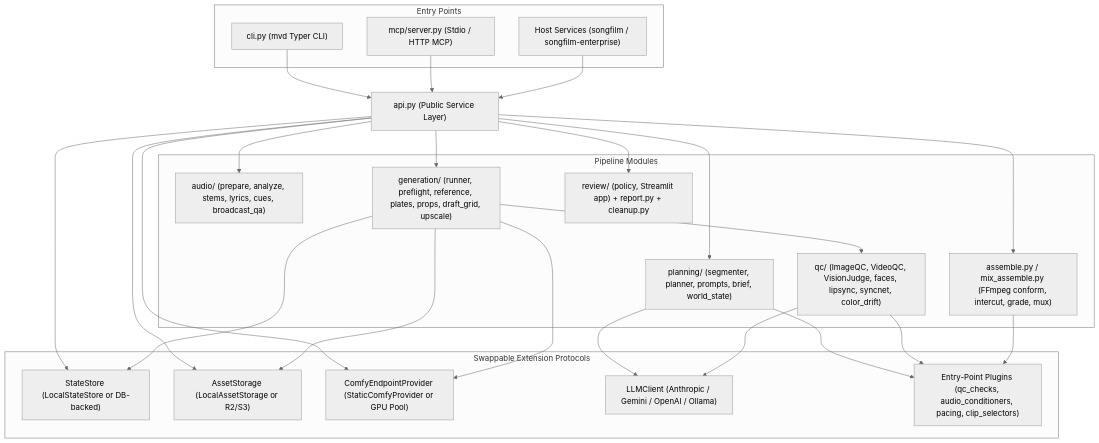
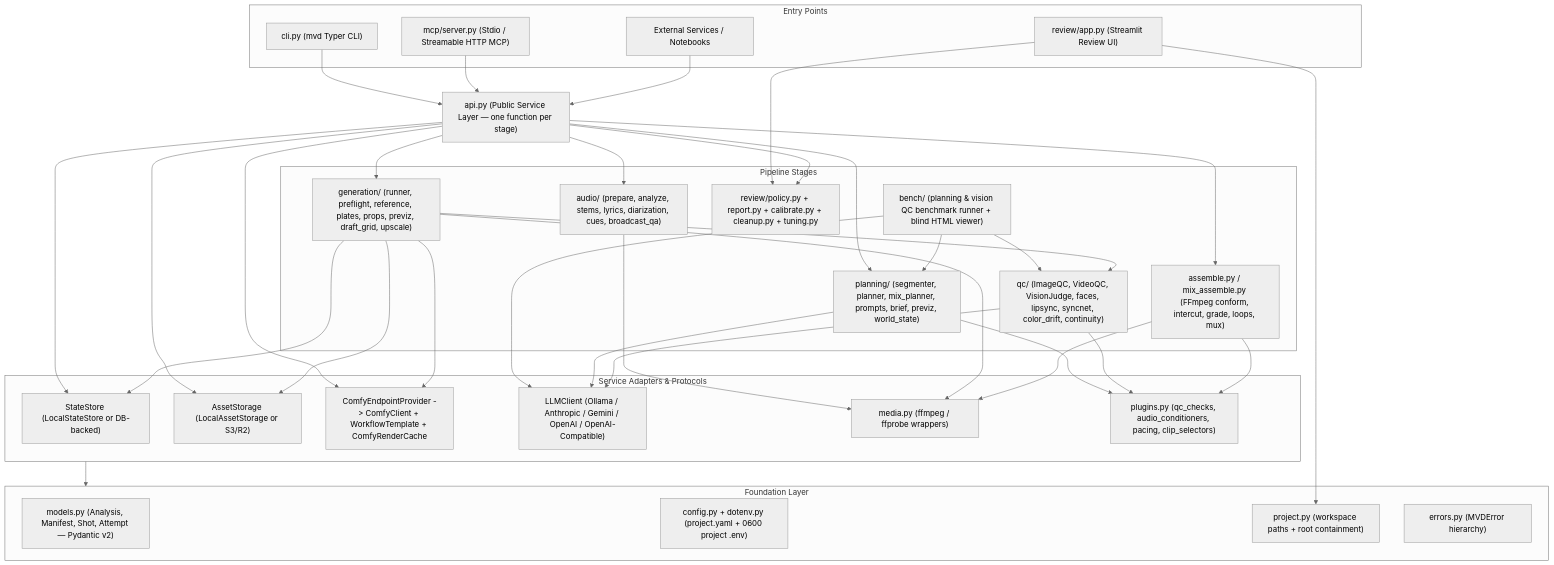
One commit to sherwinlu/mvdirector changed the first of 3 diagrams in docs/architecture.md. Above: the diagram before and after it, drawn with Mermaid (neutral theme). The commit also changed other lines of this file and 5 other files, not shown here.

Commit message:
docs: add Cloudless/Cloud mode runbook and expand architecture internals

````diff
--- a/docs/architecture.md
+++ b/docs/architecture.md
@@ -5,34 +13,48 @@
 ```mermaid
 flowchart TB
     subgraph Entry["Entry Points"]
         CLI["cli.py (mvd Typer CLI)"]
-        MCP["mcp/server.py (Stdio / HTTP MCP)"]
-        Host["Host Services (songfilm / songfilm-enterprise)"]
+        MCP["mcp/server.py (Stdio / Streamable HTTP MCP)"]
+        UI["review/app.py (Streamlit Review UI)"]
+        Host["External Services / Notebooks"]
     end
 
-    API["api.py (Public Service Layer)"]
+    API["api.py (Public Service Layer — one function per stage)"]
 
-    subgraph Core["Pipeline Modules"]
-        Audio["audio/ (prepare, analyze, stems, lyrics, cues, broadcast_qa)"]
-        Plan["planning/ (segmenter, planner, prompts, brief, world_state)"]
-        Gen["generation/ (runner, preflight, reference, plates, props, draft_grid, upscale)"]
-        QC["qc/ (ImageQC, VideoQC, VisionJudge, faces, lipsync, syncnet, color_drift)"]
-        Review["review/ (policy, Streamlit app) + report.py + cleanup.py"]
-        Asm["assemble.py / mix_assemble.py (FFmpeg conform, intercut, grade, mux)"]
+    subgraph Core["Pipeline Stages"]
+        Audio["audio/ (prepare, analyze, stems, lyrics, diarization, cues, broadcast_qa)"]
+        Plan["planning/ (segmenter, planner, mix_planner, prompts, brief, previz, world_state)"]
+        Gen["generation/ (runner, preflight, reference, plates, props, previz, draft_grid, upscale)"]
+        QC["qc/ (ImageQC, VideoQC, VisionJudge, faces, lipsync, syncnet, color_drift, continuity)"]
+        Rev["review/policy.py + report.py + calibrate.py + cleanup.py + tuning.py"]
+        Asm["assemble.py / mix_assemble.py (FFmpeg conform, intercut, grade, loops, mux)"]
+        Bench["bench/ (planning & vision QC benchmark runner + blind HTML viewer)"]
     end
 
-    subgraph Protocols["Swappable Extension Protocols"]
+    subgraph Adapters["Service Adapters & Protocols"]
         State["StateStore (LocalStateStore or DB-backed)"]
-        Storage["AssetStorage (LocalAssetStorage or R2/S3)"]
-        Comfy["ComfyEndpointProvider (StaticComfyProvider or GPU Pool)"]
-        LLM["LLMClient (Anthropic / Gemini / OpenAI / Ollama)"]
-        Plugins["Entry-Point Plugins (qc_checks, audio_conditioners, pacing, clip_selectors)"]
+        Storage["AssetStorage (LocalAssetStorage or S3/R2)"]
+        Comfy["ComfyEndpointProvider -> ComfyClient + WorkflowTemplate + ComfyRenderCache"]
+        LLM["LLMClient (Ollama / Anthropic / Gemini / OpenAI / OpenAI-Compatible)"]
+        Media["media.py (ffmpeg / ffprobe wrappers)"]
+        Plugins["plugins.py (qc_checks, audio_conditioners, pacing, clip_selectors)"]
+    end
+
+    subgraph Foundation["Foundation Layer"]
+        Models["models.py (Analysis, Manifest, Shot, Attempt — Pydantic v2)"]
+        Config["config.py + dotenv.py (project.yaml + 0600 project .env)"]
+        Proj["project.py (workspace paths + root containment)"]
+        Errors["errors.py (MVDError hierarchy)"]
     end
 
     CLI & MCP & Host --> API
-    API --> Audio & Plan & Gen & Review & Asm
+    UI --> Rev & Proj
+    API --> Audio & Plan & Gen & Rev & Asm
+    Bench --> Plan & QC & LLM
     Gen --> QC
     API & Gen --> State & Storage & Comfy
     Plan & QC --> LLM
+    Audio & Gen & Asm --> Media
     Plan & QC & Asm --> Plugins
+    Adapters --> Foundation
 ```
````
